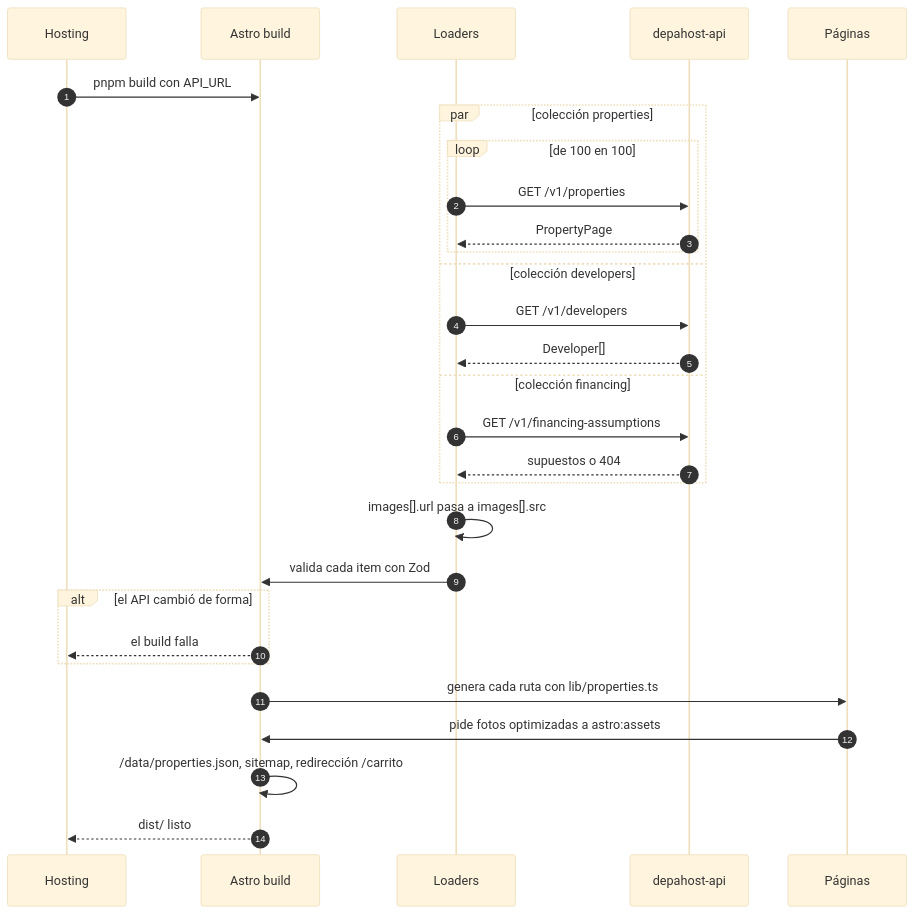
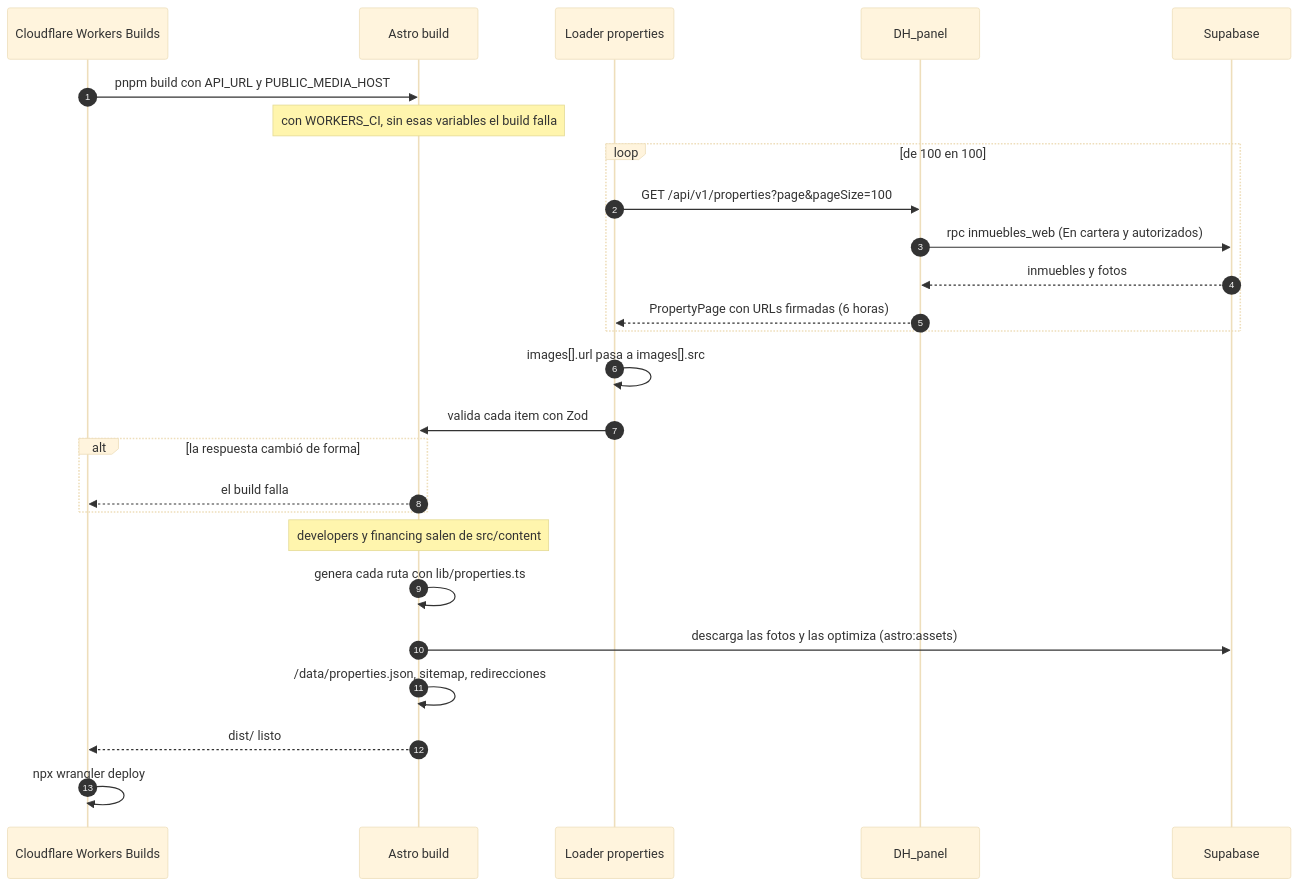
Before and after one commit to samirharrytl/DHC_landing: the second of 16 diagrams in docs/plataforma/05-flujos.md, drawn with Mermaid (base theme). The commit also changed other lines of this file and 94 other files, not shown here.

````diff
--- a/docs/plataforma/05-flujos.md
+++ b/docs/plataforma/05-flujos.md
@@ -79,32 +82,29 @@
 ```mermaid
 sequenceDiagram
     autonumber
-    participant H as Hosting
+    participant CF as Cloudflare Workers Builds
     participant A as Astro build
-    participant L as Loaders
-    participant API as depahost-api
-    participant PG as Páginas
+    participant L as Loader properties
+    participant P as DH_panel
+    participant SB as Supabase
 
-    H->>A: pnpm build con API_URL
-    par colección properties
-        loop de 100 en 100
-            L->>API: GET /v1/properties
-            API-->>L: PropertyPage
-        end
-    and colección developers
-        L->>API: GET /v1/developers
-        API-->>L: Developer[]
-    and colección financing
-        L->>API: GET /v1/financing-assumptions
-        API-->>L: supuestos o 404
+    CF->>A: pnpm build con API_URL y PUBLIC_MEDIA_HOST
+    Note over A: con WORKERS_CI, sin esas variables el build falla
+    loop de 100 en 100
+        L->>P: GET /api/v1/properties?page&pageSize=100
+        P->>SB: rpc inmuebles_web (En cartera y autorizados)
+        SB-->>P: inmuebles y fotos
+        P-->>L: PropertyPage con URLs firmadas (6 horas)
     end
     L->>L: images[].url pasa a images[].src
     L->>A: valida cada item con Zod
-    alt el API cambió de forma
-        A-->>H: el build falla
+    alt la respuesta cambió de forma
+        A-->>CF: el build falla
     end
-    A->>PG: genera cada ruta con lib/properties.ts
-    PG->>A: pide fotos optimizadas a astro:assets
-    A->>A: /data/properties.json, sitemap, redirección /carrito
-    A-->>H: dist/ listo
+    Note over A: developers y financing salen de src/content
+    A->>A: genera cada ruta con lib/properties.ts
+    A->>SB: descarga las fotos y las optimiza (astro:assets)
+    A->>A: /data/properties.json, sitemap, redirecciones
+    A-->>CF: dist/ listo
+    CF->>CF: npx wrangler deploy
 ```
````
